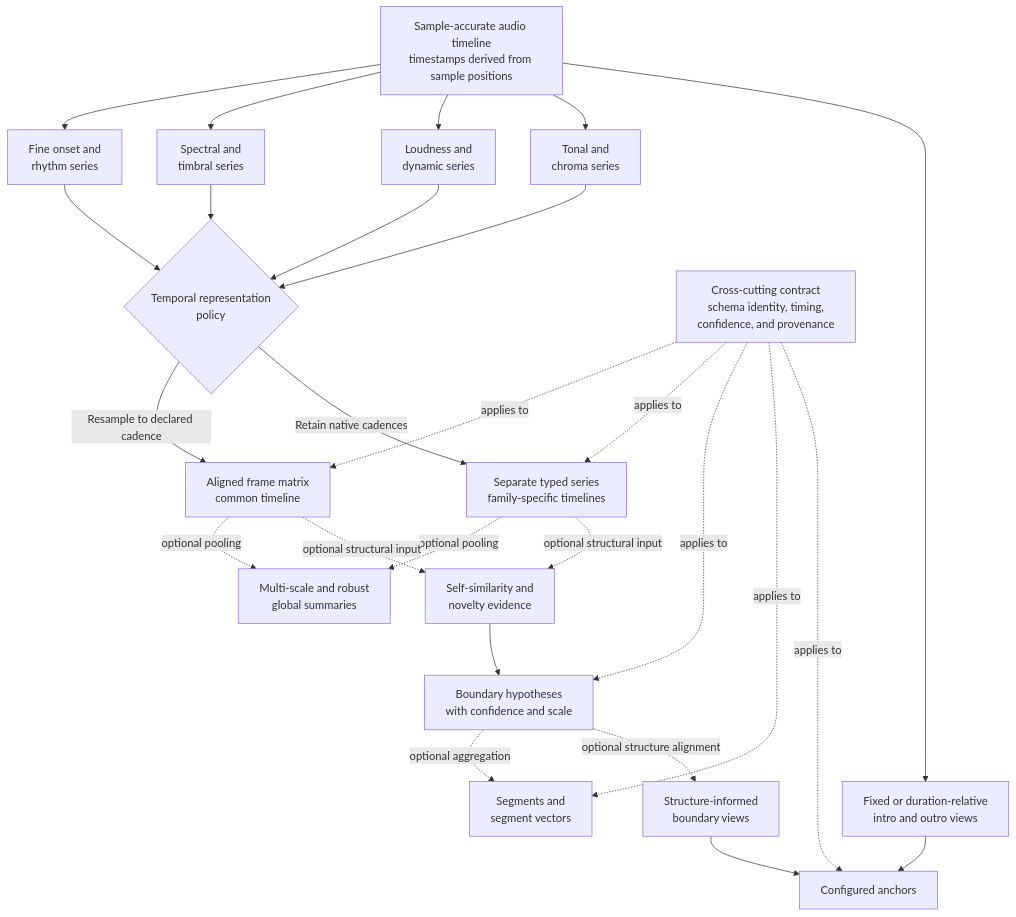
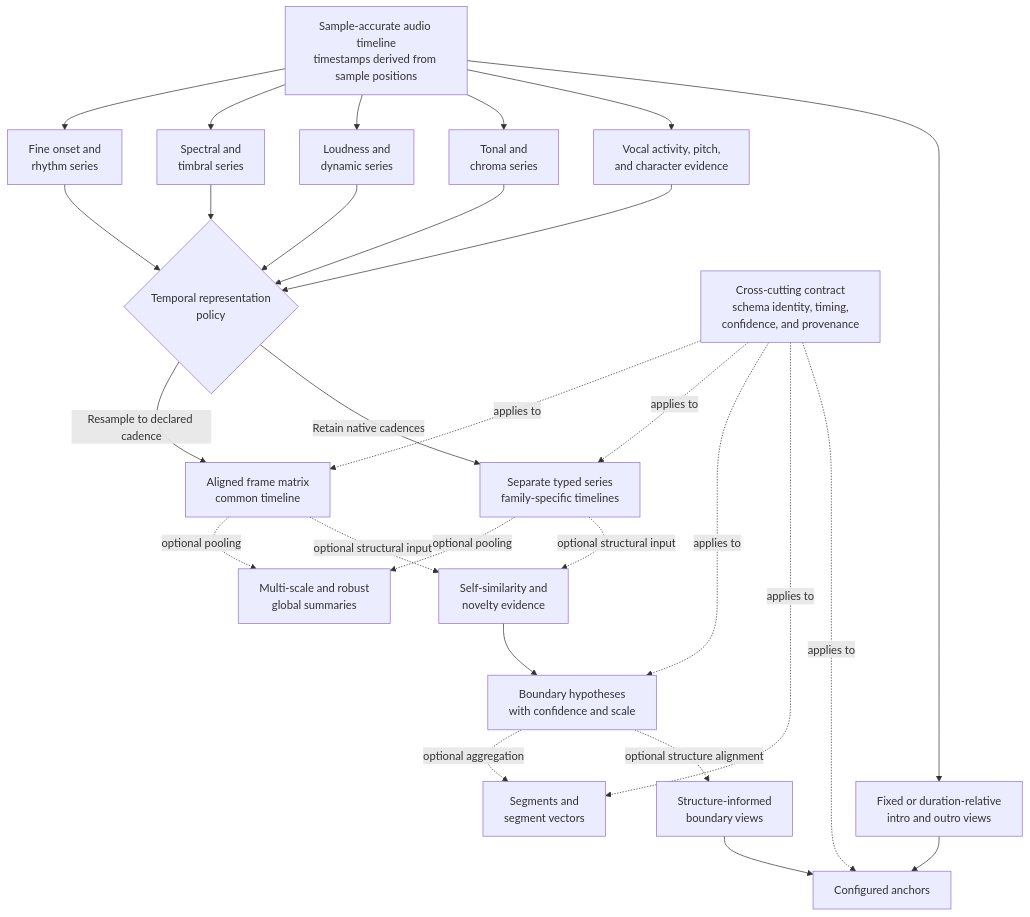
Before and after one commit to chrober/bliss-similarity-design: the diagram in docs/analysis/temporal-and-confidence.md, drawn with Mermaid. The commit also changed other lines of this file and 8 other files, not shown here.

````diff
--- a/docs/analysis/temporal-and-confidence.md
+++ b/docs/analysis/temporal-and-confidence.md
@@ -13,37 +13,39 @@
 ```mermaid
 flowchart TB
     AUDIO[Sample-accurate audio timeline<br/>timestamps derived from sample positions]
 
     AUDIO --> RHYTHM[Fine onset and<br/>rhythm series]
     AUDIO --> TIMBRE[Spectral and<br/>timbral series]
     AUDIO --> LOUD[Loudness and<br/>dynamic series]
     AUDIO --> TONAL[Tonal and<br/>chroma series]
+    AUDIO --> VOCAL[Vocal activity, pitch,<br/>and character evidence]
 
     RHYTHM --> POLICY{Temporal representation<br/>policy}
     TIMBRE --> POLICY
     LOUD --> POLICY
     TONAL --> POLICY
+    VOCAL --> POLICY
 
     POLICY -->|Resample to declared cadence| ALIGNED[Aligned frame matrix<br/>common timeline]
     POLICY -->|Retain native cadences| TYPED[Separate typed series<br/>family-specific timelines]
 
     ALIGNED -. optional pooling .-> SUMMARY[Multi-scale and robust<br/>global summaries]
     TYPED -. optional pooling .-> SUMMARY
 
     ALIGNED -. optional structural input .-> SSM[Self-similarity and<br/>novelty evidence]
     TYPED -. optional structural input .-> SSM
     SSM --> BOUND[Boundary hypotheses<br/>with confidence and scale]
     BOUND -. optional aggregation .-> SEG[Segments and<br/>segment vectors]
 
     AUDIO --> FIXED[Fixed or duration-relative<br/>intro and outro views]
     BOUND -. optional structure alignment .-> STRUCTANCHOR[Structure-informed<br/>boundary views]
     FIXED --> ANCHOR[Configured anchors]
     STRUCTANCHOR --> ANCHOR
 
     META[Cross-cutting contract<br/>schema identity, timing,<br/>confidence, and provenance]
     META -. applies to .-> ALIGNED
     META -. applies to .-> TYPED
     META -. applies to .-> BOUND
     META -. applies to .-> SEG
     META -. applies to .-> ANCHOR
 ```
````
